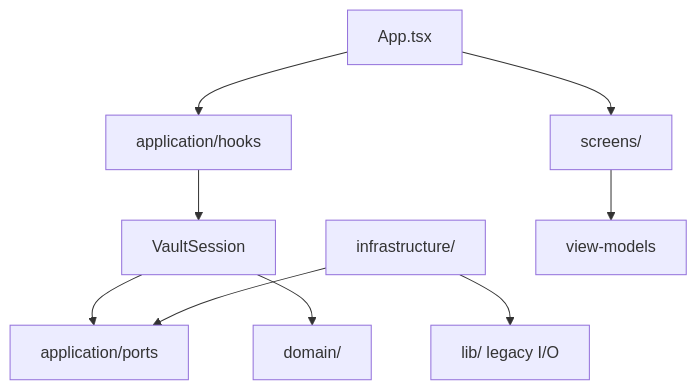
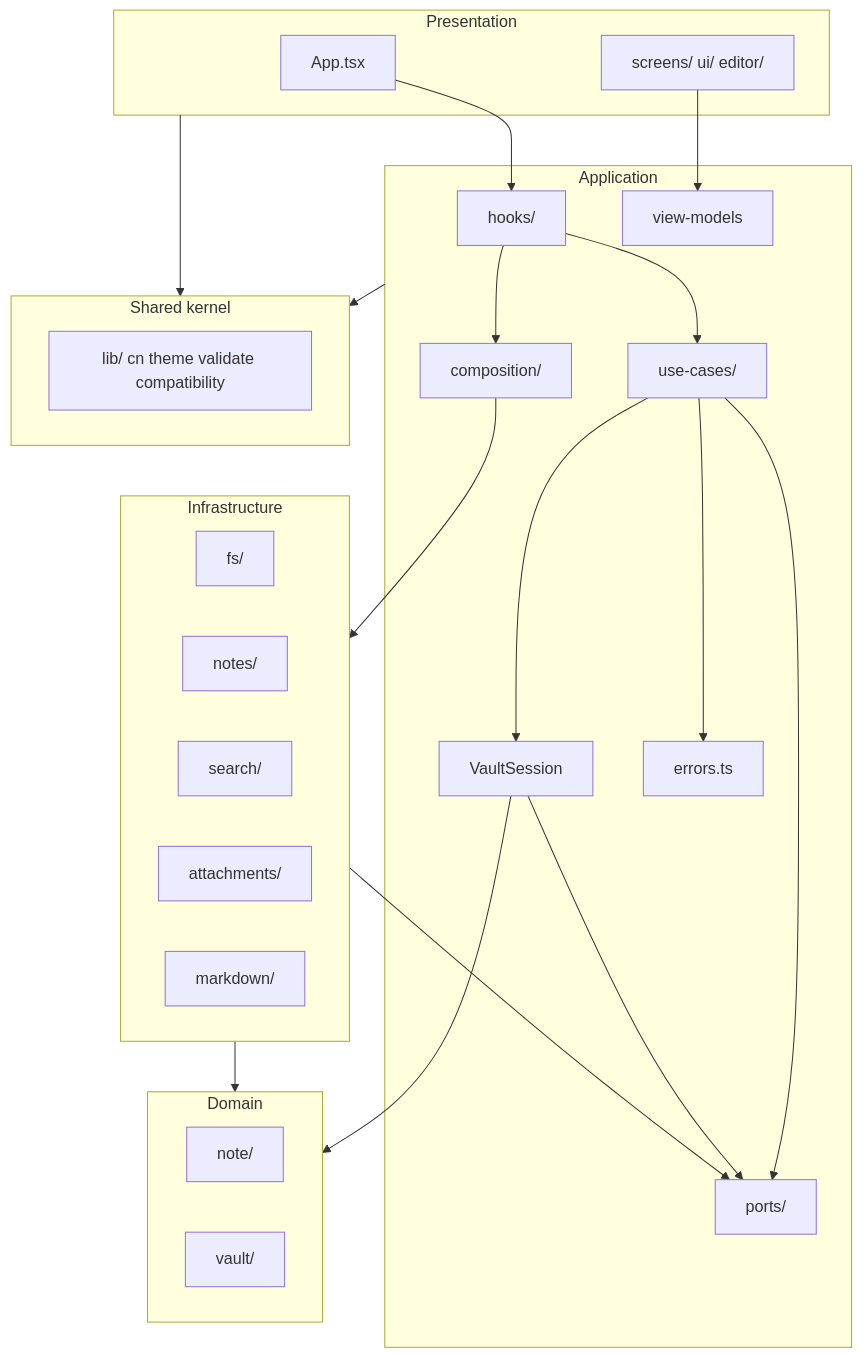
One commit to adrisons/private-notes changed the diagram in docs/adr/009-layered-application-architecture.md. Above: the diagram before and after it, drawn with Mermaid. The commit also changed other lines of this file and 137 other files, not shown here.

First line of the commit message:
refactor(architecture): reorganize application structure and enforce import rules

````diff
--- a/docs/adr/009-layered-application-architecture.md
+++ b/docs/adr/009-layered-application-architecture.md
@@ -90,20 +143,49 @@
 ```mermaid
 flowchart TB
-  App[App.tsx]
-  Hooks[application/hooks]
-  VS[VaultSession]
-  Ports[application/ports]
-  Domain[domain/]
-  Infra[infrastructure/]
-  Lib[lib/ legacy I/O]
-  Screens[screens/]
+  subgraph presentation [Presentation]
+    App[App.tsx]
+    Screens[screens/ ui/ editor/]
+  end
+
+  subgraph application [Application]
+    Hooks[hooks/]
+    UC[use-cases/]
+    VS[VaultSession]
+    VM[view-models]
+    Ports[ports/]
+    Comp[composition/]
+    Err[errors.ts]
+  end
+
+  subgraph domain_layer [Domain]
+    Note[note/]
+    Vault[vault/]
+  end
+
+  subgraph infra [Infrastructure]
+    Fs[fs/]
+    NotesRepo[notes/]
+    SearchImpl[search/]
+    AttachImpl[attachments/]
+    Markdown[markdown/]
+  end
+
+  subgraph shared [Shared kernel]
+    Lib[lib/ cn theme validate compatibility]
+  end
 
   App --> Hooks
-  App --> Screens
-  Hooks --> VS
+  Hooks --> UC
+  Hooks --> Comp
+  UC --> VS
+  UC --> Ports
+  Comp --> infra
   VS --> Ports
-  VS --> Domain
-  Infra --> Ports
-  Infra --> Lib
-  Screens --> ViewModels[view-models]
+  VS --> domain_layer
+  infra --> Ports
+  infra --> domain_layer
+  Screens --> VM
+  presentation --> shared
+  application --> shared
+  UC --> Err
 ```
````
